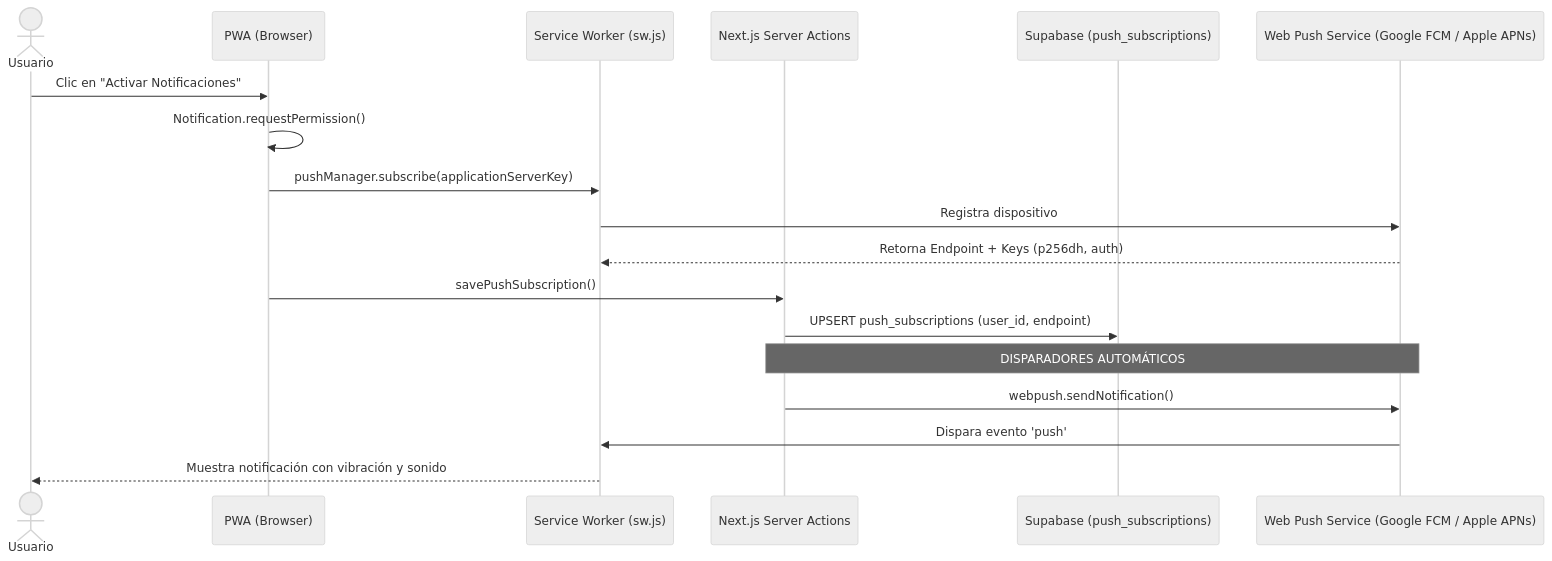
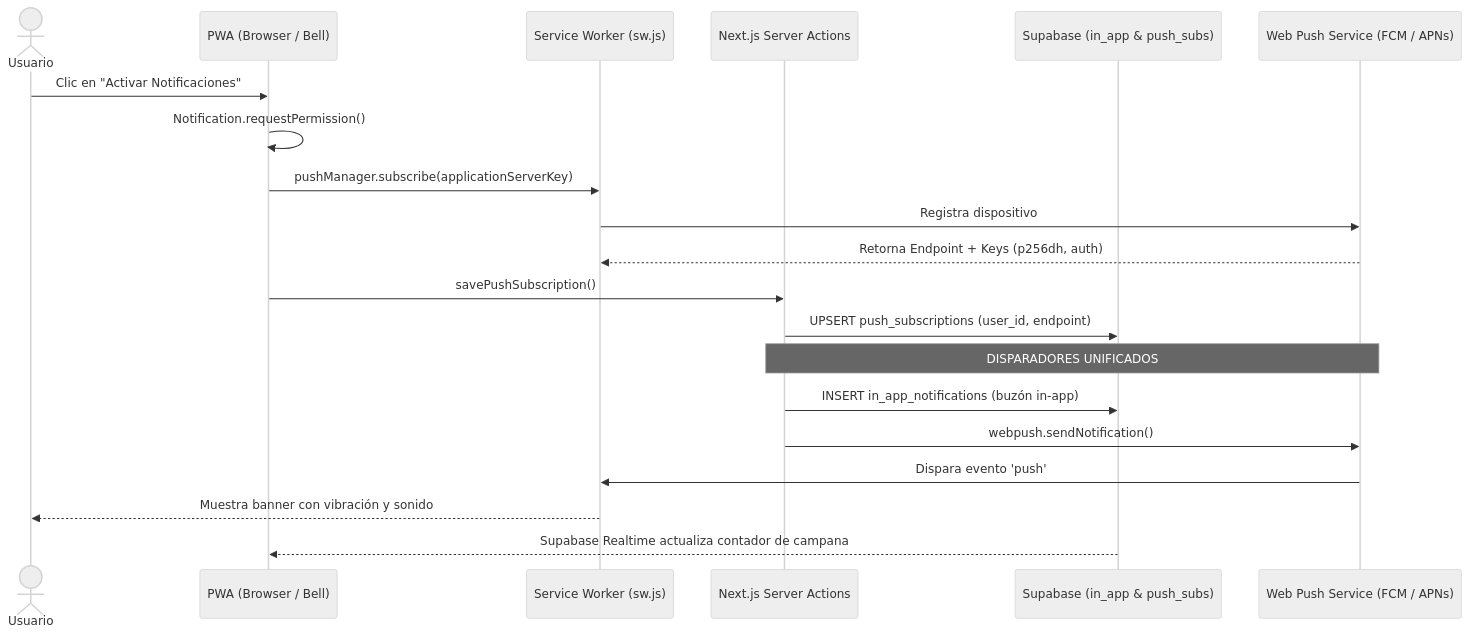
The diagram in docs/wiki/08_PWA_Y_WEB_PUSH.md (Aspirador4/NewCampApp), drawn with Mermaid (neutral theme) before and after one commit. The commit also changed other lines of this file and 18 other files, not shown here.

Commit message:
feat(notifications): implement unified notification engine, in-app bell center, and multi-club push triggers

````diff
--- a/docs/wiki/08_PWA_Y_WEB_PUSH.md
+++ b/docs/wiki/08_PWA_Y_WEB_PUSH.md
@@ -35,21 +35,23 @@
 ```mermaid
 sequenceDiagram
     actor Usuario
-    participant App as PWA (Browser)
+    participant App as PWA (Browser / Bell)
     participant SW as Service Worker (sw.js)
     participant Server as Next.js Server Actions
-    participant DB as Supabase (push_subscriptions)
-    participant PushService as Web Push Service (Google FCM / Apple APNs)
+    participant DB as Supabase (in_app & push_subs)
+    participant PushService as Web Push Service (FCM / APNs)
 
     Usuario->>App: Clic en "Activar Notificaciones"
     App->>App: Notification.requestPermission()
     App->>SW: pushManager.subscribe(applicationServerKey)
     SW->>PushService: Registra dispositivo
     PushService-->>SW: Retorna Endpoint + Keys (p256dh, auth)
     App->>Server: savePushSubscription()
     Server->>DB: UPSERT push_subscriptions (user_id, endpoint)
-    Note over Server,PushService: DISPARADORES AUTOMÁTICOS
+    Note over Server,PushService: DISPARADORES UNIFICADOS
+    Server->>DB: INSERT in_app_notifications (buzón in-app)
     Server->>PushService: webpush.sendNotification()
     PushService->>SW: Dispara evento 'push'
-    SW-->>Usuario: Muestra notificación con vibración y sonido
+    SW-->>Usuario: Muestra banner con vibración y sonido
+    DB-->>App: Supabase Realtime actualiza contador de campana
 ```
````
